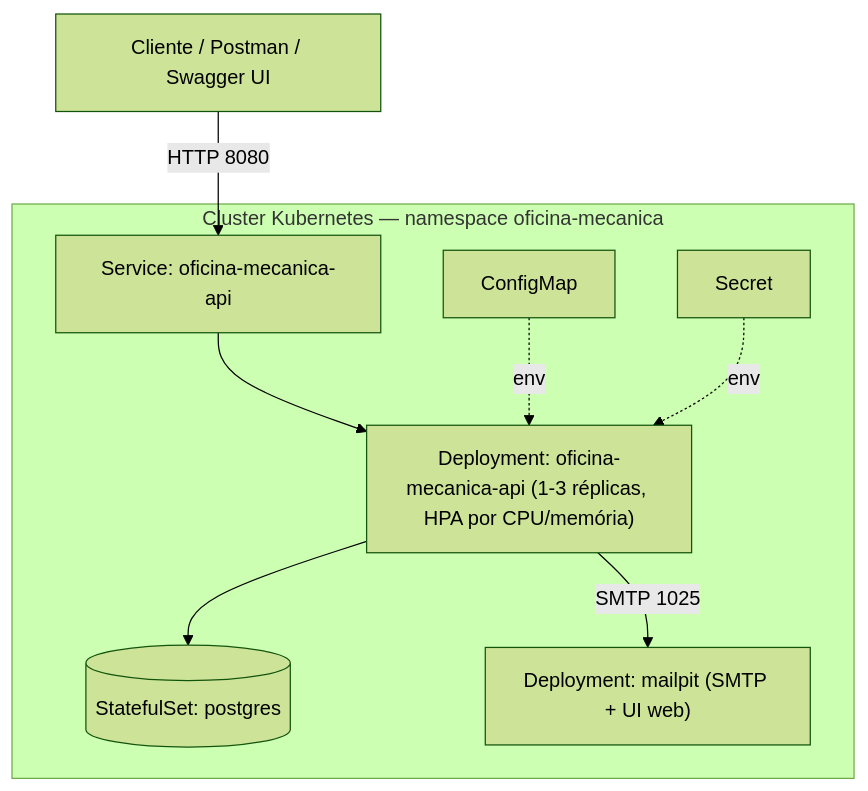
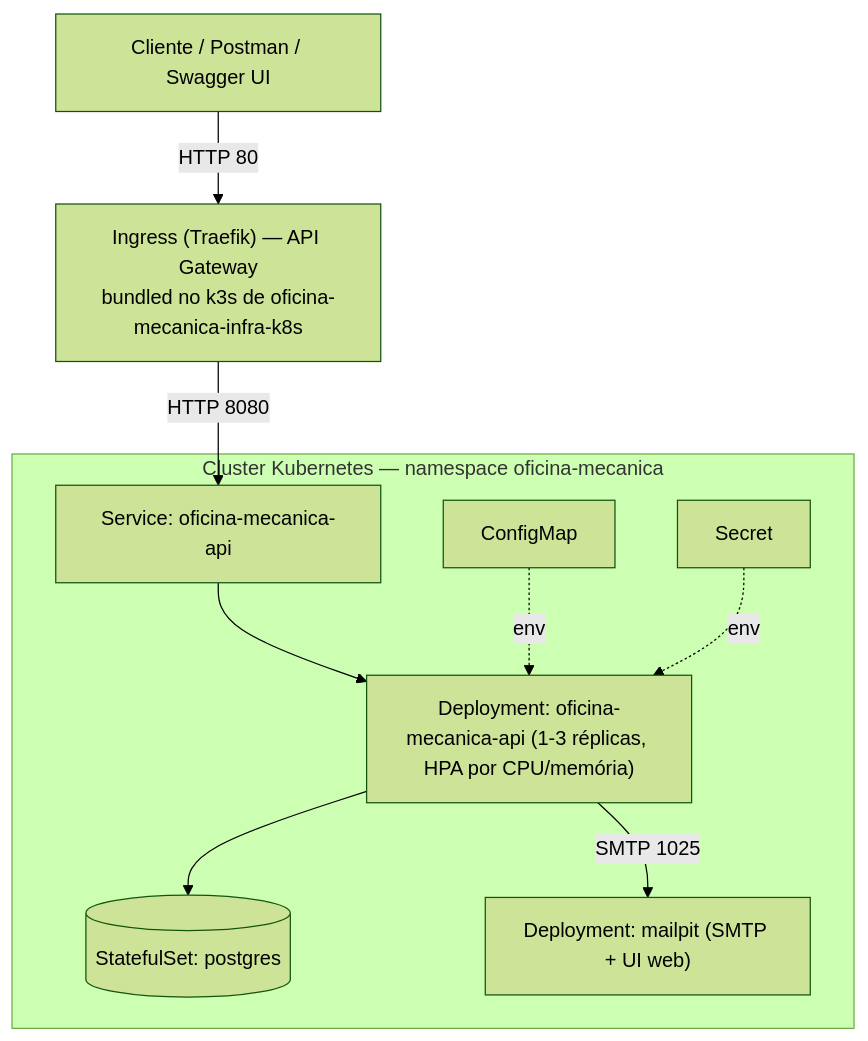
Before and after one commit to konrath9/OficinaMecanica: the first of 2 diagrams in README.md, drawn with Mermaid (forest theme). The commit also changed other lines of this file and 2 other files, not shown here.

First line of the commit message:
feat(k8s): adiciona Ingress (Traefik) como API Gateway e deploy automatizado no k3s de producao

````diff
--- a/README.md
+++ b/README.md
@@ -46,19 +46,20 @@
 ```mermaid
 flowchart TB
     C["Cliente / Postman / Swagger UI"]
+    IG["Ingress (Traefik) — API Gateway<br/>bundled no k3s de oficina-mecanica-infra-k8s"]
 
     subgraph K8s["Cluster Kubernetes — namespace oficina-mecanica"]
         SVC["Service: oficina-mecanica-api"]
         API["Deployment: oficina-mecanica-api (1-3 réplicas, HPA por CPU/memória)"]
         PG[("StatefulSet: postgres")]
         MP["Deployment: mailpit (SMTP + UI web)"]
         CM["ConfigMap"]
         SEC["Secret"]
     end
 
-    C -->|HTTP 8080| SVC --> API
+    C -->|HTTP 80| IG -->|HTTP 8080| SVC --> API
     API --> PG
     API -->|SMTP 1025| MP
     CM -.env.-> API
     SEC -.env.-> API
 ```
````
